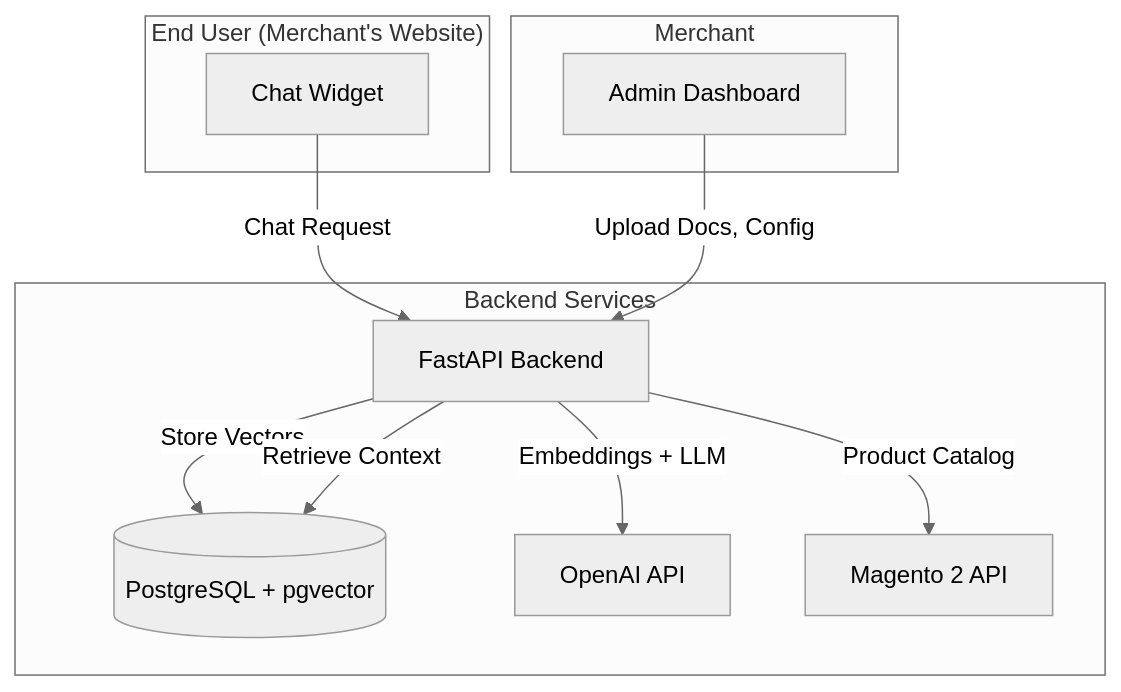
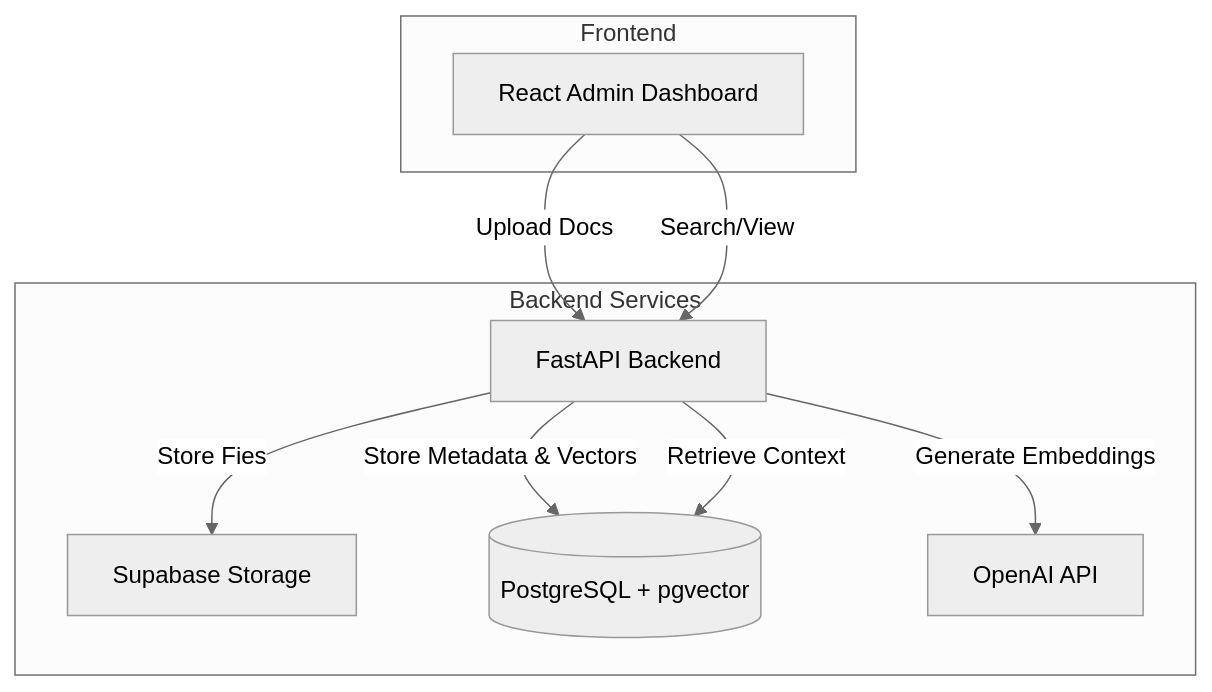
Before and after one commit to BestAchadirect/Project_WebChat: the diagram in docs/architecture.md, drawn with Mermaid (neutral theme). The commit also changed other lines of this file and 1 other file, not shown here.

First line of the commit message:
docs: Update architecture and gitignore

````diff
--- a/docs/architecture.md
+++ b/docs/architecture.md
@@ -5,24 +5,20 @@
 ```mermaid
 graph TB
-    subgraph "End User (Merchant's Website)"
-        Widget[Chat Widget]
-    end
-    
-    subgraph "Merchant"
-        Admin[Admin Dashboard]
+    subgraph "Frontend"
+        Admin[React Admin Dashboard]
     end
     
     subgraph "Backend Services"
         API[FastAPI Backend]
+        Storage[Supabase Storage]
         DB[(PostgreSQL + pgvector)]
         OpenAI[OpenAI API]
-        Magento[Magento 2 API]
     end
     
-    Widget -->|Chat Request| API
-    Admin -->|Upload Docs, Config| API
-    API -->|Store Vectors| DB
-    API -->|Embeddings + LLM| OpenAI
-    API -->|Product Catalog| Magento
+    Admin -->|Upload Docs| API
+    Admin -->|Search/View| API
+    API -->|Store Fies| Storage
+    API -->|Store Metadata & Vectors| DB
+    API -->|Generate Embeddings| OpenAI
     API -->|Retrieve Context| DB
 ```
````
